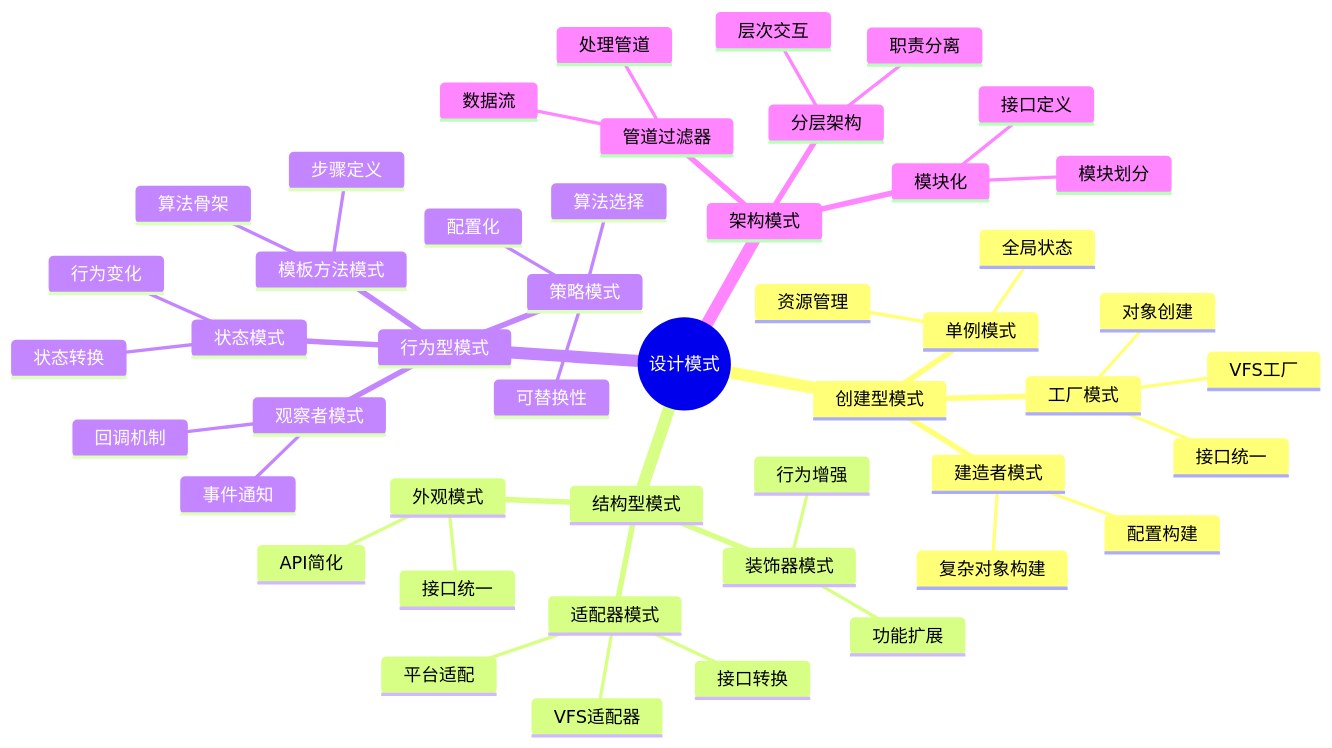
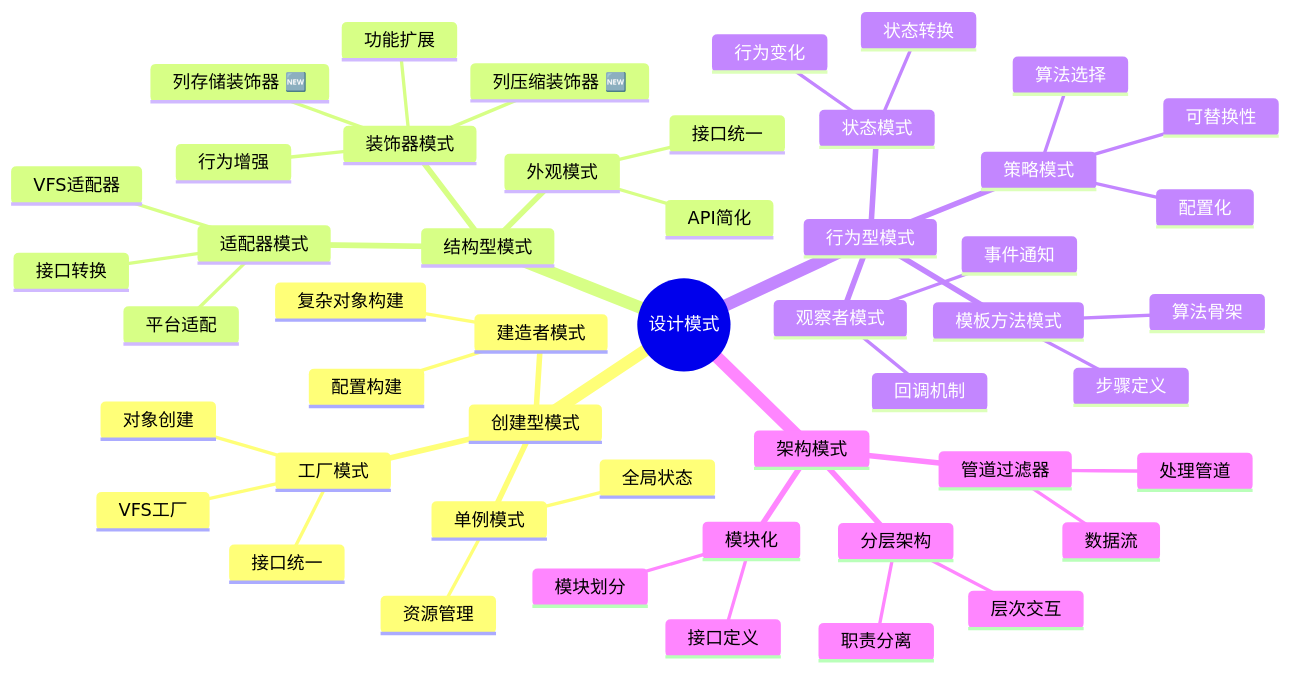
The diagram in Sqlite/12-设计模型/12.03-设计模式.md (AdaMartin18010/Data-Science), drawn with Mermaid before and after one commit. The commit also changed other lines of this file and 48 other files, not shown here.

````diff
--- a/Sqlite/12-设计模型/12.03-设计模式.md
+++ b/Sqlite/12-设计模型/12.03-设计模式.md
@@ -50,50 +50,52 @@
 ```mermaid
 mindmap
   root((设计模式))
     创建型模式
       工厂模式
         VFS工厂
         对象创建
         接口统一
       单例模式
         全局状态
         资源管理
       建造者模式
         复杂对象构建
         配置构建
     结构型模式
       适配器模式
         VFS适配器
         平台适配
         接口转换
       装饰器模式
         功能扩展
         行为增强
+        列存储装饰器 🆕
+        列压缩装饰器 🆕
       外观模式
         API简化
         接口统一
     行为型模式
       策略模式
         算法选择
         可替换性
         配置化
       观察者模式
         事件通知
         回调机制
       模板方法模式
         算法骨架
         步骤定义
       状态模式
         状态转换
         行为变化
     架构模式
       分层架构
         职责分离
         层次交互
       管道过滤器
         数据流
         处理管道
       模块化
         模块划分
         接口定义
 ```
````
